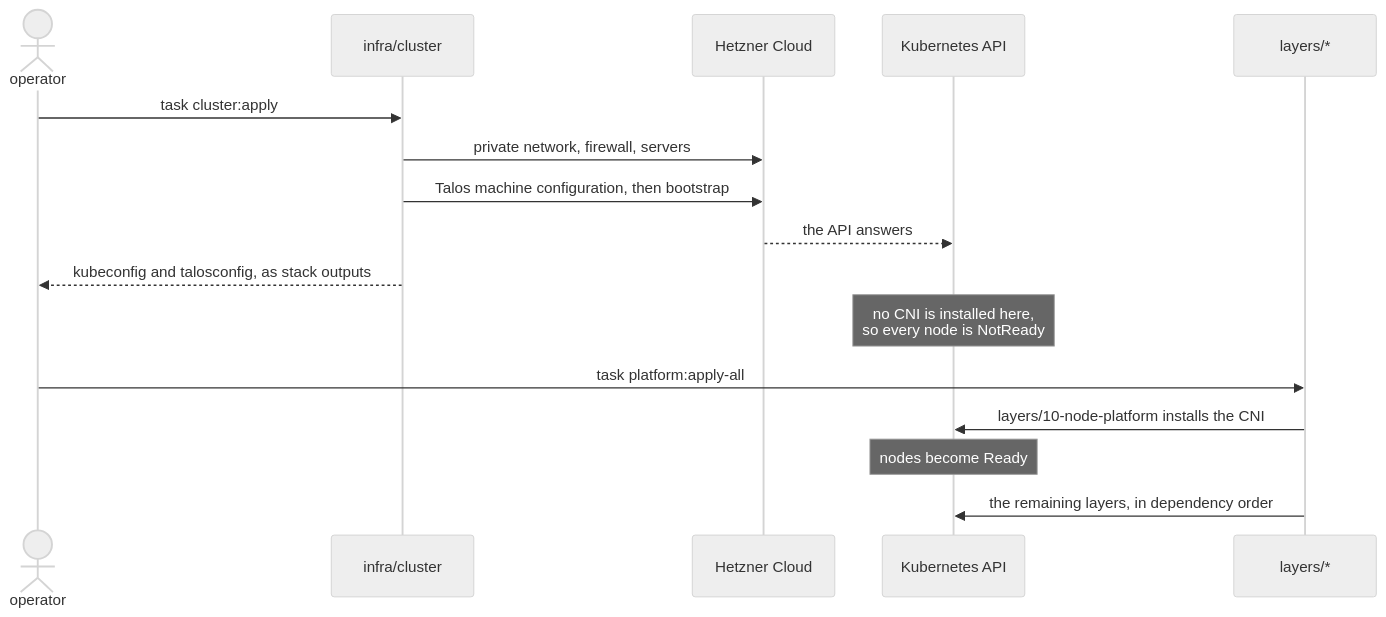
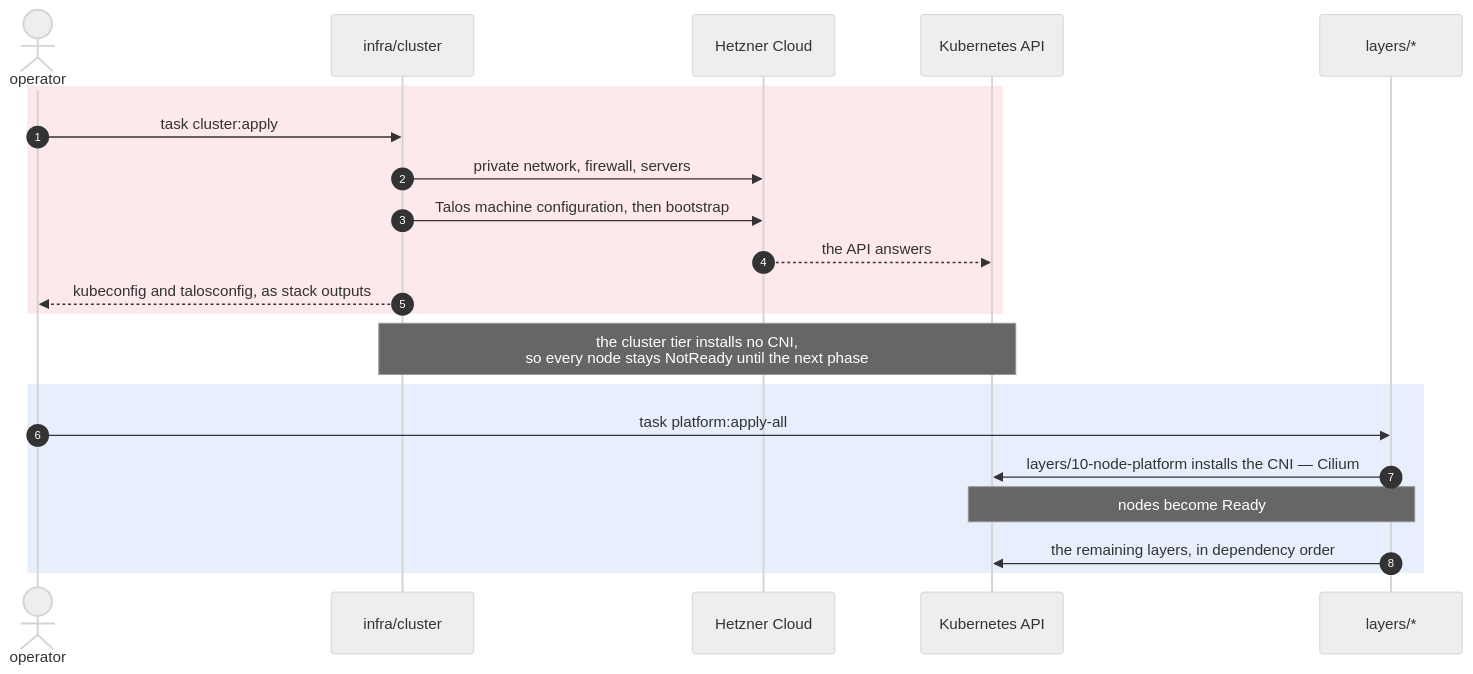
The second of 3 diagrams in docs/design.md (oleg-tkachuk/hetzner-iac), drawn with Mermaid (neutral theme) before and after one commit. The commit also changed other lines of this file and 1 other file, not shown here.

First line of the commit message:
docs: colour the diagrams, and say whose CNI is missing

````diff
--- a/docs/design.md
+++ b/docs/design.md
@@ -94,20 +116,26 @@
 ```mermaid
 sequenceDiagram
+    autonumber
     actor operator
     participant tier as infra/cluster
     participant hcloud as Hetzner Cloud
     participant k8s as Kubernetes API
     participant layers as layers/*
 
-    operator->>tier: task cluster:apply
-    tier->>hcloud: private network, firewall, servers
-    tier->>hcloud: Talos machine configuration, then bootstrap
-    hcloud-->>k8s: the API answers
-    tier-->>operator: kubeconfig and talosconfig, as stack outputs
-    Note over k8s: no CNI is installed here,<br/>so every node is NotReady
+    rect rgb(253, 232, 235)
+        operator->>tier: task cluster:apply
+        tier->>hcloud: private network, firewall, servers
+        tier->>hcloud: Talos machine configuration, then bootstrap
+        hcloud-->>k8s: the API answers
+        tier-->>operator: kubeconfig and talosconfig, as stack outputs
+    end
 
-    operator->>layers: task platform:apply-all
-    layers->>k8s: layers/10-node-platform installs the CNI
-    Note over k8s: nodes become Ready
-    layers->>k8s: the remaining layers, in dependency order
+    Note over tier,k8s: the cluster tier installs no CNI,<br/>so every node stays NotReady until the next phase
+
+    rect rgb(231, 239, 252)
+        operator->>layers: task platform:apply-all
+        layers->>k8s: layers/10-node-platform installs the CNI — Cilium
+        Note over layers,k8s: nodes become Ready
+        layers->>k8s: the remaining layers, in dependency order
+    end
 ```
````
